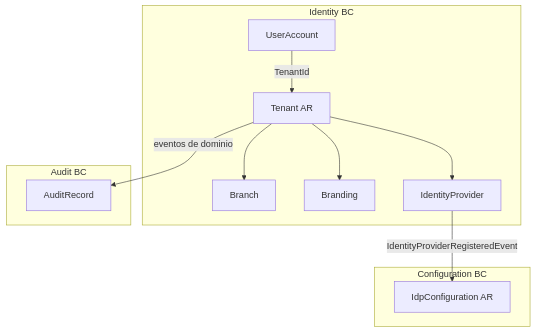
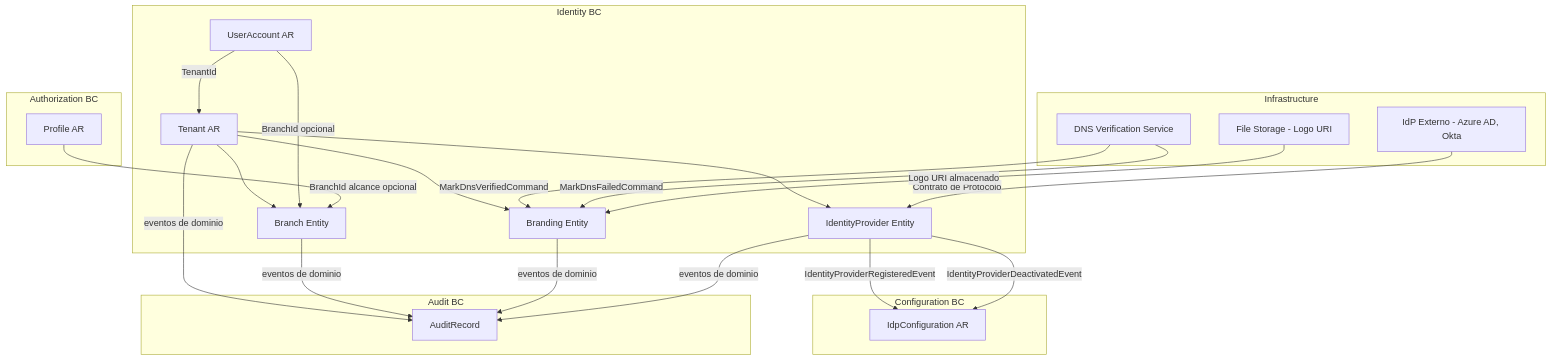
The tenth of 10 diagrams in docs/domain-es/identity/tenant.md (beyondnetcode/ums), drawn with Mermaid before and after one commit. The commit also changed other lines of this file and 19 other files, not shown here.

````diff
--- a/docs/domain-es/identity/tenant.md
+++ b/docs/domain-es/identity/tenant.md
@@ -231,25 +428,45 @@
 ```mermaid
 flowchart TD
     subgraph Identity["Identity BC"]
         T[Tenant AR]
-        B[Branch]
-        BR[Branding]
-        IDP[IdentityProvider]
-        UA[UserAccount]
+        B[Branch Entity]
+        BR[Branding Entity]
+        IDP[IdentityProvider Entity]
+        UA[UserAccount AR]
         T --> B
         T --> BR
         T --> IDP
         UA -->|TenantId| T
+        UA -->|BranchId opcional| B
+    end
+
+    subgraph Authorization["Authorization BC"]
+        PROF[Profile AR]
+        PROF -->|BranchId alcance opcional| B
     end
 
     subgraph Configuration["Configuration BC"]
         IDPC[IdpConfiguration AR]
+    end
+
+    subgraph Infrastructure["Infrastructure"]
+        DNS[DNS Verification Service]
+        STORE[File Storage - Logo URI]
+        EXTIDP[IdP Externo - Azure AD, Okta]
     end
 
     subgraph Audit["Audit BC"]
         AUD[AuditRecord]
     end
 
     IDP -->|IdentityProviderRegisteredEvent| IDPC
+    IDP -->|IdentityProviderDeactivatedEvent| IDPC
+    EXTIDP -->|Contrato de Protocolo| IDP
+    DNS -->|MarkDnsVerifiedCommand| BR
+    DNS -->|MarkDnsFailedCommand| BR
+    STORE -->|Logo URI almacenado| BR
     T -->|eventos de dominio| AUD
+    B -->|eventos de dominio| AUD
+    BR -->|eventos de dominio| AUD
+    IDP -->|eventos de dominio| AUD
 ```
````
